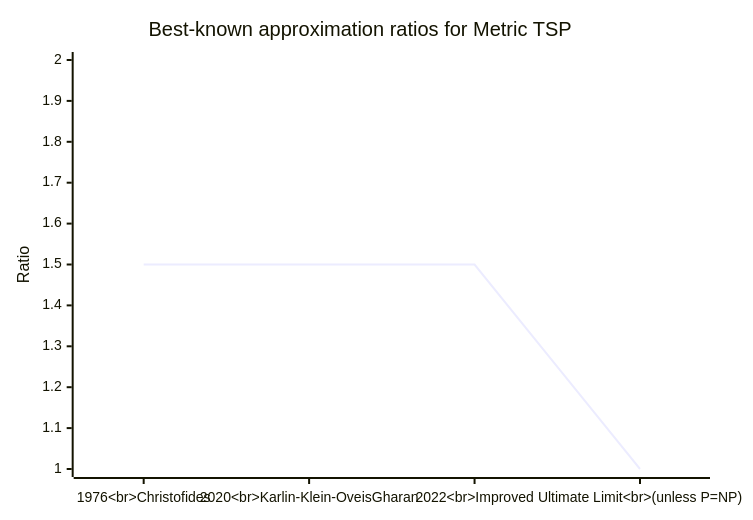
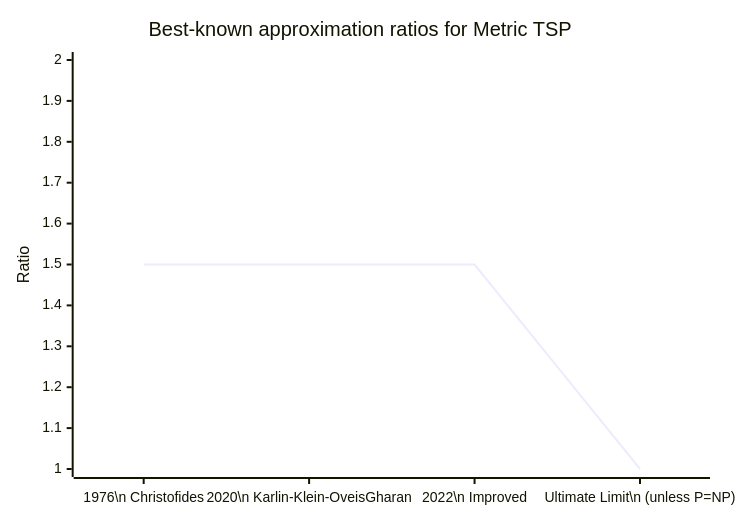
Before and after one commit to luk036/luk036.github.io: diagram 12 of 15 in net_optim/slides_christofides_tsp.md, drawn with Mermaid. The commit also changed 38 other files, not shown here.

Commit message:
Add Mermaid diagrams; change <br/> into \n

````diff
--- a/net_optim/slides_christofides_tsp.md
+++ b/net_optim/slides_christofides_tsp.md
@@ -450,7 +450,7 @@
 ```mermaid
 xychart-beta
     title "Best-known approximation ratios for Metric TSP"
-    x-axis ["1976<br/>Christofides", "2020<br/>Karlin-Klein-OveisGharan", "2022<br/>Improved", "Ultimate Limit<br/>(unless P=NP)"]
+    x-axis ["1976\n Christofides", "2020\n Karlin-Klein-OveisGharan", "2022\n Improved", "Ultimate Limit\n (unless P=NP)"]
     y-axis "Ratio" 1.0 --> 2.0
     line [1.5, 1.5, 1.5, 1.0]
 ```
````
